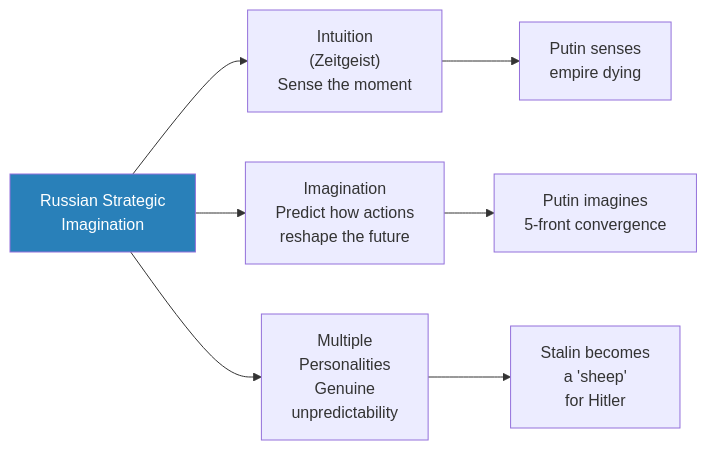
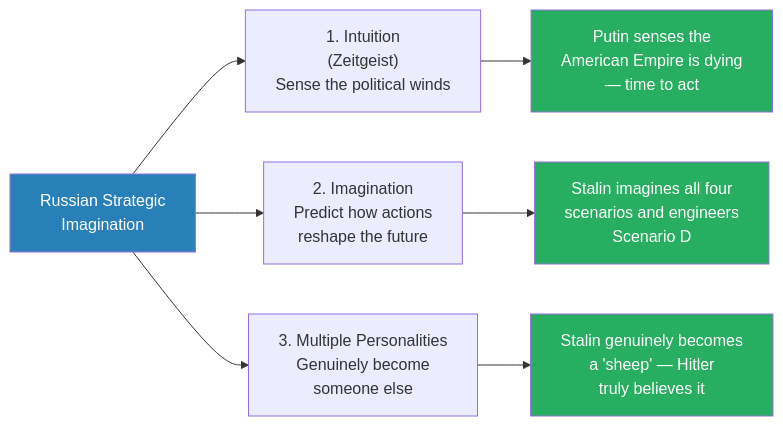
One commit to alius33/reader changed the ninth of 11 diagrams in summaries/Lectures/Geo-Strategy/10 - Putin's Strategic Imagination.md. Above: the diagram before and after it, drawn with Mermaid. The commit also changed other lines of this file and 26 other files, not shown here.

````diff
--- a/summaries/Lectures/Geo-Strategy/10 - Putin's Strategic Imagination.md
+++ b/summaries/Lectures/Geo-Strategy/10 - Putin's Strategic Imagination.md
@@ -674,11 +477,14 @@
 ```mermaid
 flowchart LR
     RSI["Russian Strategic<br/>Imagination"]
-    RSI --> INT["Intuition<br/>(Zeitgeist)<br/>Sense the moment"]
-    RSI --> IMA["Imagination<br/>Predict how actions<br/>reshape the future"]
-    RSI --> MP["Multiple<br/>Personalities<br/>Genuine<br/>unpredictability"]
-    INT --> EX1["Putin senses<br/>empire dying"]
-    IMA --> EX2["Putin imagines<br/>5-front convergence"]
-    MP --> EX3["Stalin becomes<br/>a 'sheep'<br/>for Hitler"]
+    RSI --> INT["1. Intuition<br/>(Zeitgeist)<br/>Sense the political winds"]
+    RSI --> IMA["2. Imagination<br/>Predict how actions<br/>reshape the future"]
+    RSI --> MP["3. Multiple Personalities<br/>Genuinely become<br/>someone else"]
+    INT --> EX1["Putin senses the<br/>American Empire is dying<br/>— time to act"]
+    IMA --> EX2["Stalin imagines all four<br/>scenarios and engineers<br/>Scenario D"]
+    MP --> EX3["Stalin genuinely becomes<br/>a 'sheep' — Hitler<br/>truly believes it"]
     style RSI fill:#2980b9,color:#fff
+    style EX1 fill:#27ae60,color:#fff
+    style EX2 fill:#27ae60,color:#fff
+    style EX3 fill:#27ae60,color:#fff
 ```
````
